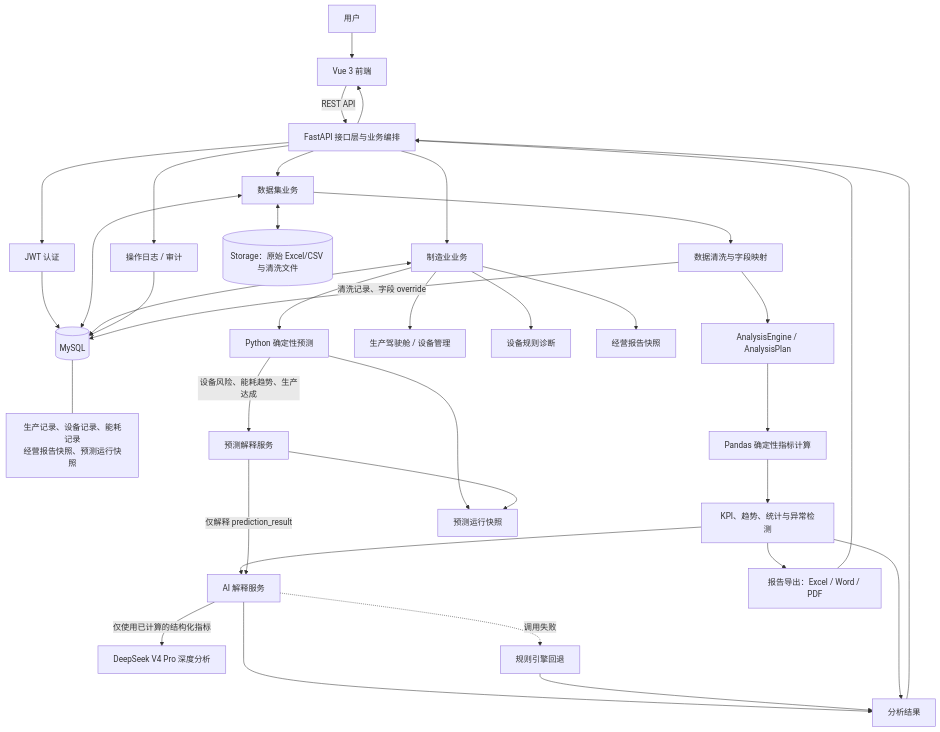
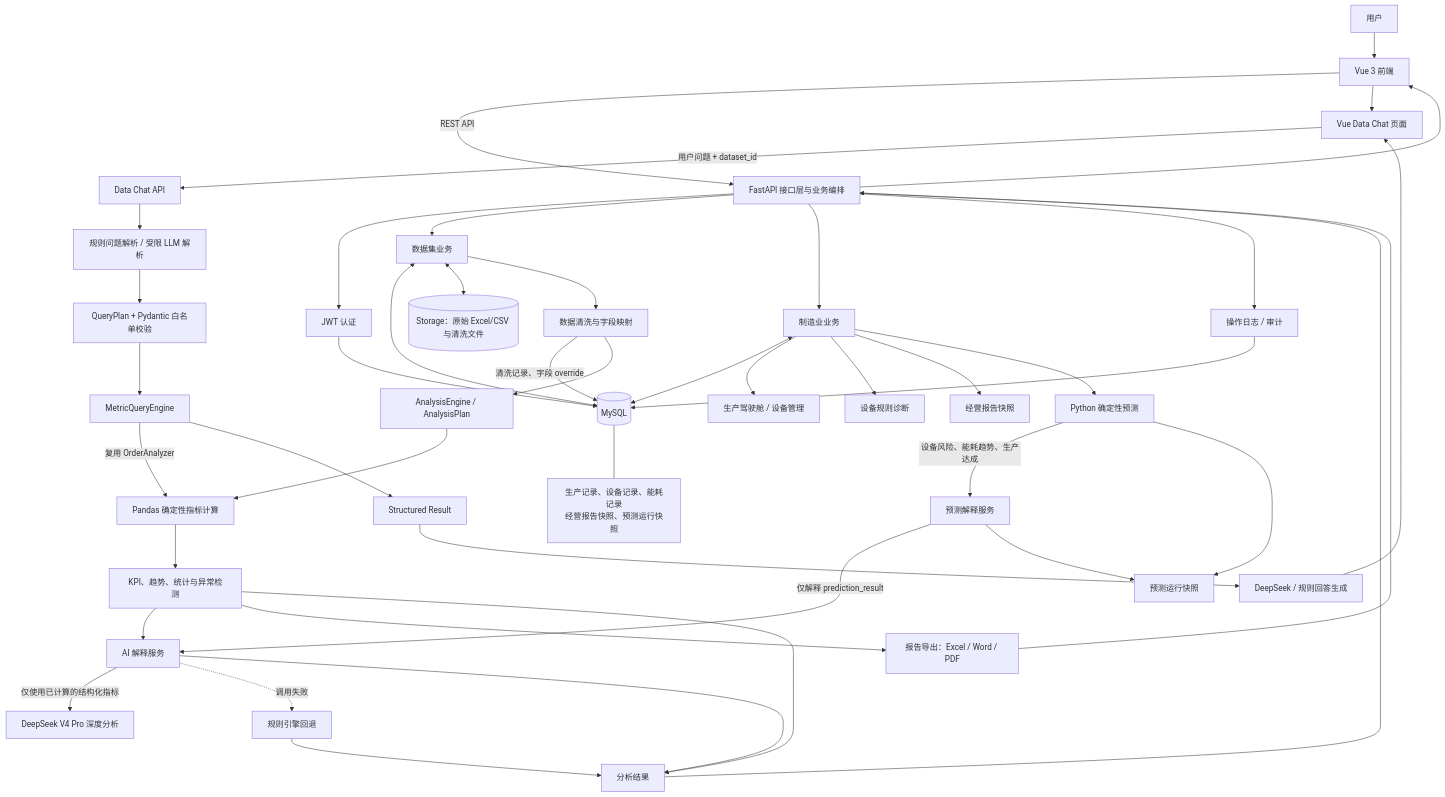
The diagram in README.md (ican0506/ai-business-data-analysis-assistant), drawn with Mermaid before and after one commit. The commit also changed other lines of this file, not shown here.

Commit message:
docs: update data chat documentation

````diff
--- a/README.md
+++ b/README.md
@@ -29,44 +30,54 @@
 ```mermaid
 flowchart TD
   U[用户] --> V[Vue 3 前端]
   V -->|REST API| F[FastAPI 接口层与业务编排]
 
   F --> J[JWT 认证]
   F --> D[数据集业务]
   F --> MF[制造业业务]
   F --> O[操作日志 / 审计]
   J --> M[(MySQL)]
   D <--> M
   MF <--> M
   O --> M
 
   M --- MT[生产记录、设备记录、能耗记录<br/>经营报告快照、预测运行快照]
 
   D <--> S[(Storage：原始 Excel/CSV 与清洗文件)]
   D --> C[数据清洗与字段映射]
   C -->|清洗记录、字段 override| M
   C --> E[AnalysisEngine / AnalysisPlan]
   E --> P[Pandas 确定性指标计算]
   P --> K[KPI、趋势、统计与异常检测]
 
+  V --> DC[Vue Data Chat 页面]
+  DC -->|用户问题 + dataset_id| DQ[Data Chat API]
+  DQ --> QI[规则问题解析 / 受限 LLM 解析]
+  QI --> QP[QueryPlan + Pydantic 白名单校验]
+  QP --> MQ[MetricQueryEngine]
+  MQ -->|复用 OrderAnalyzer| P
+  MQ --> SR[Structured Result]
+  SR --> AG[DeepSeek / 规则回答生成]
+  AG --> DC
+
   K --> A[AI 解释服务]
   A -->|仅使用已计算的结构化指标| DS[DeepSeek V4 Pro 深度分析]
   A -. 调用失败 .-> RF[规则引擎回退]
   K --> R[报告导出：Excel / Word / PDF]
 
   MF --> MD[生产驾驶舱 / 设备管理]
   MF --> ED[设备规则诊断]
   MF --> BP[经营报告快照]
   MF --> FP[Python 确定性预测]
   FP -->|设备风险、能耗趋势、生产达成| PE[预测解释服务]
   PE -->|仅解释 prediction_result| A
   FP --> PR[预测运行快照]
   PE --> PR
 
   A --> X[分析结果]
   RF --> X
   K --> X
   X --> F
   R --> F
   F --> V
 ```
````
